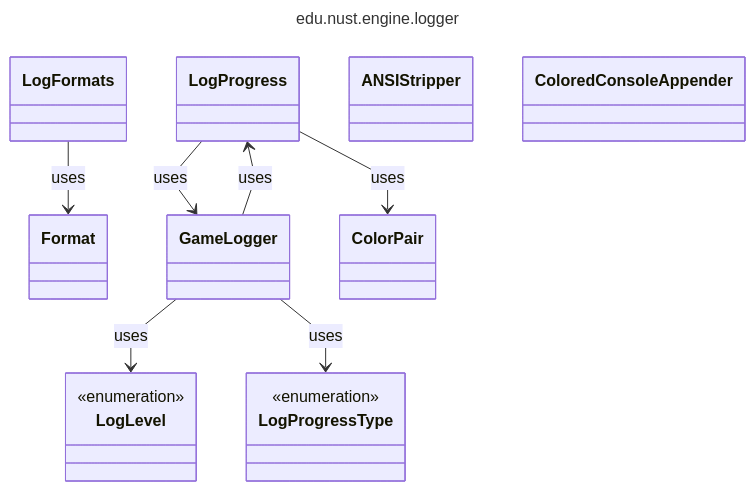
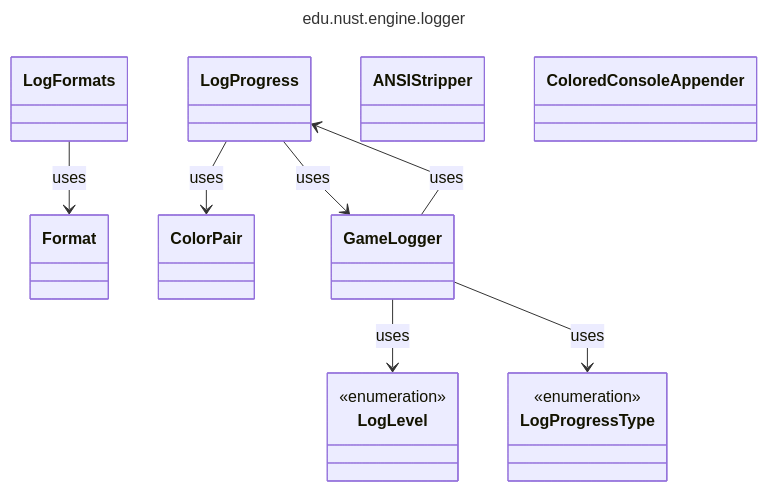
The diagram in uml/generated/mmd/package_edu_nust_engine_logger.mmd (zombie-zero-nust/zombie-zero), drawn with Mermaid before and after one commit. The commit also changed other lines of this file and 77 other files, not shown here.

Commit message:
Generate UML from script

```diff
--- a/uml/generated/mmd/package_edu_nust_engine_logger.mmd
+++ b/uml/generated/mmd/package_edu_nust_engine_logger.mmd
@@ -1,26 +1,26 @@
 ---
 title: edu.nust.engine.logger
 config:
   look: classic
   layout: dagre
   flowchart:
     curve: linear
   class:
     defaultRenderer: dagre-wrapper
 ---
 classDiagram
 class LogFormats
 class Format
+class LogProgressType <<enumeration>>
+class LogLevel <<enumeration>>
+class ColorPair
 class LogProgress
-class LogProgressType <<enumeration>>
 class GameLogger
-class ColorPair
-class LogLevel <<enumeration>>
 class ANSIStripper
 class ColoredConsoleAppender
 GameLogger --> LogProgress : uses
 GameLogger --> LogLevel : uses
 GameLogger --> LogProgressType : uses
 LogProgress --> ColorPair : uses
 LogProgress --> GameLogger : uses
 LogFormats --> Format : uses
```
